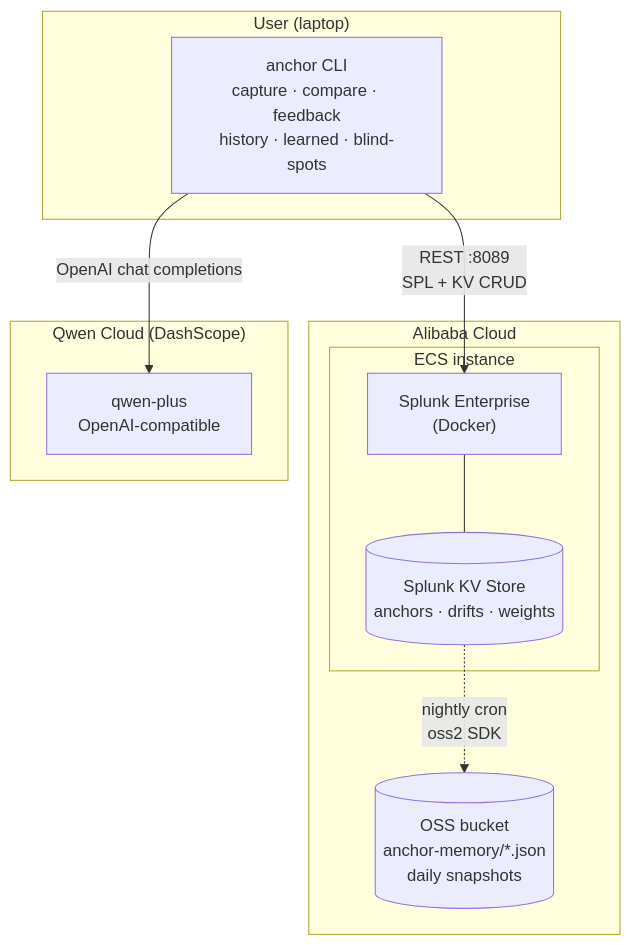
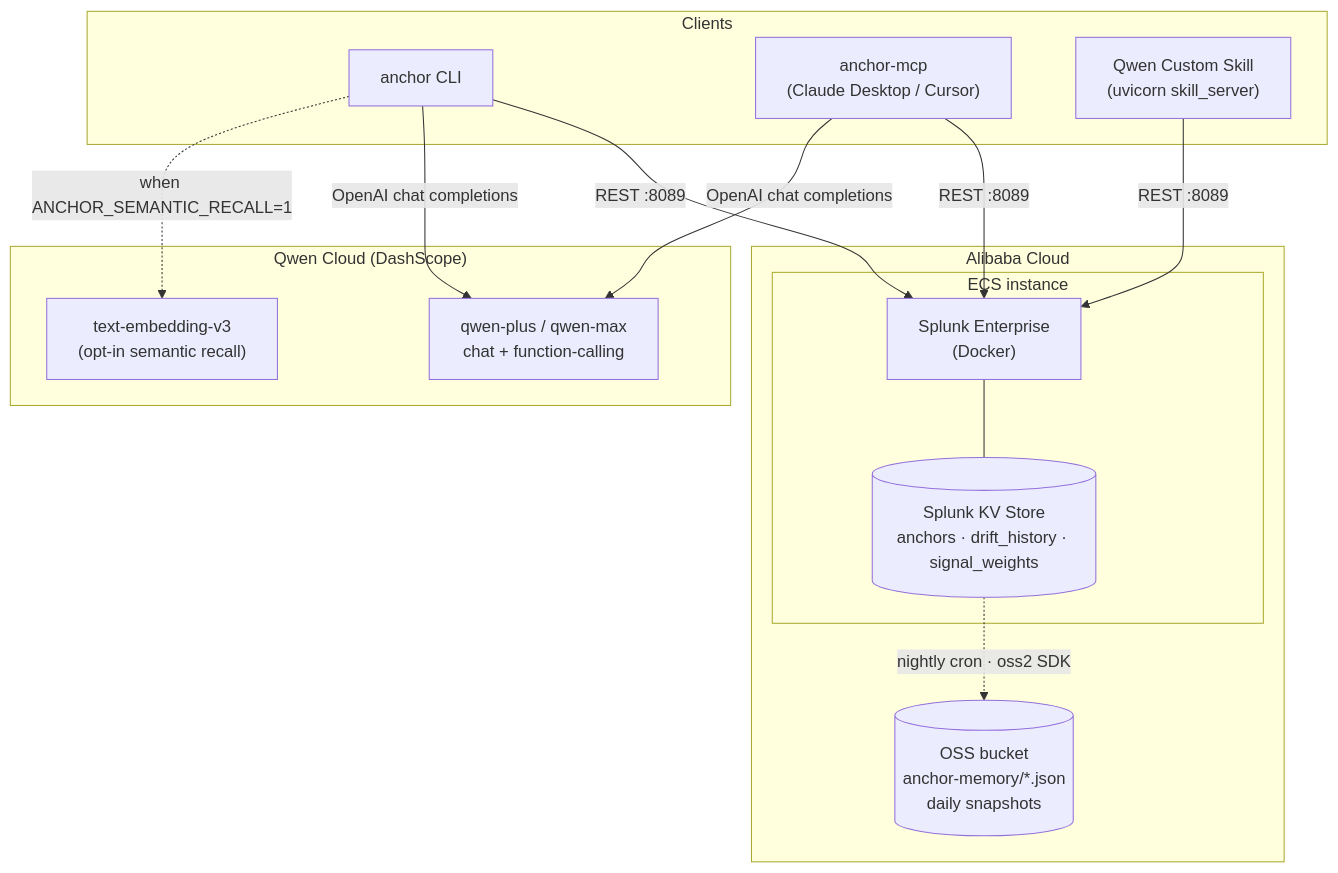
The first of 4 diagrams in README.md (faketut/Anchor), drawn with Mermaid before and after one commit. The commit also changed other lines of this file and 7 other files, not shown here.

First line of the commit message:
Drop orphan PNGs, expand Mermaid diagrams in README + deploy doc

````diff
--- a/README.md
+++ b/README.md
@@ -47,23 +47,30 @@
 ```mermaid
 flowchart TB
-    subgraph Laptop["User (laptop)"]
-        CLI["anchor CLI<br/>capture · compare · feedback<br/>history · learned · blind-spots"]
+    subgraph Clients["Clients"]
+        CLI["anchor CLI"]
+        MCP["anchor-mcp<br/>(Claude Desktop / Cursor)"]
+        Skill["Qwen Custom Skill<br/>(uvicorn skill_server)"]
     end
 
     subgraph Alibaba["Alibaba Cloud"]
         subgraph ECS["ECS instance"]
             Splunk["Splunk Enterprise<br/>(Docker)"]
-            KV[("Splunk KV Store<br/>anchors · drifts · weights")]
+            KV[("Splunk KV Store<br/>anchors · drift_history · signal_weights")]
             Splunk --- KV
         end
         OSS[("OSS bucket<br/>anchor-memory/*.json<br/>daily snapshots")]
     end
 
-    subgraph Qwen["Qwen Cloud (DashScope)"]
-        QwenModel["qwen-plus<br/>OpenAI-compatible"]
+    subgraph QwenCloud["Qwen Cloud (DashScope)"]
+        QwenChat["qwen-plus / qwen-max<br/>chat + function-calling"]
+        QwenEmb["text-embedding-v3<br/>(opt-in semantic recall)"]
     end
 
-    CLI -->|REST :8089<br/>SPL + KV CRUD| Splunk
-    KV -.->|nightly cron<br/>oss2 SDK| OSS
-    CLI -->|OpenAI chat completions| QwenModel
+    CLI   -->|REST :8089| Splunk
+    MCP   -->|REST :8089| Splunk
+    Skill -->|REST :8089| Splunk
+    KV    -.->|nightly cron · oss2 SDK| OSS
+    CLI   -->|OpenAI chat completions| QwenChat
+    MCP   -->|OpenAI chat completions| QwenChat
+    CLI   -.->|when ANCHOR_SEMANTIC_RECALL=1| QwenEmb
 ```
````
